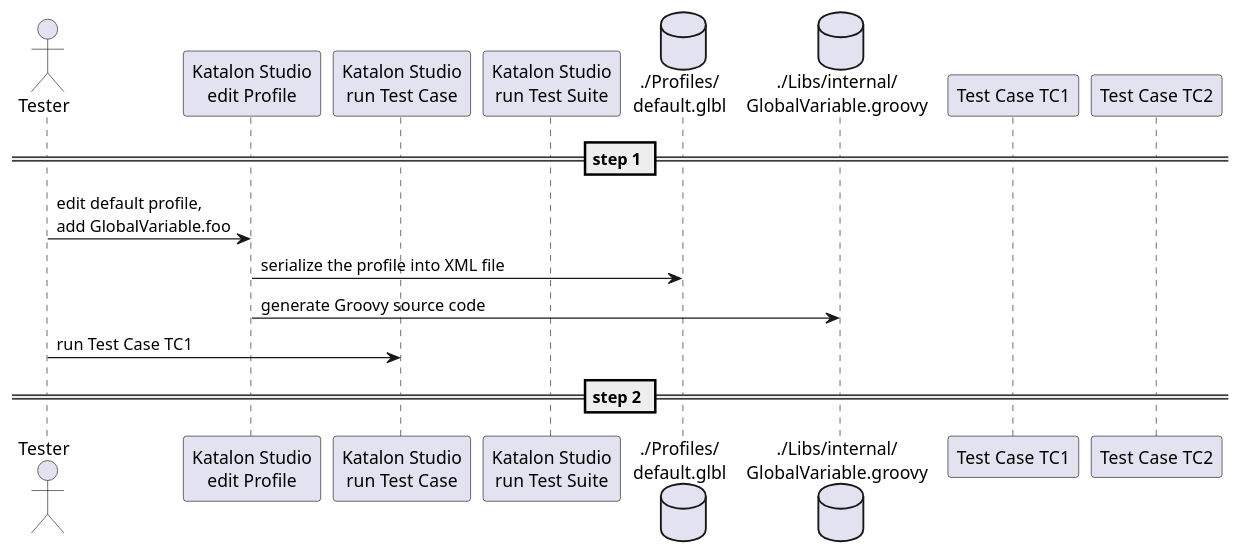
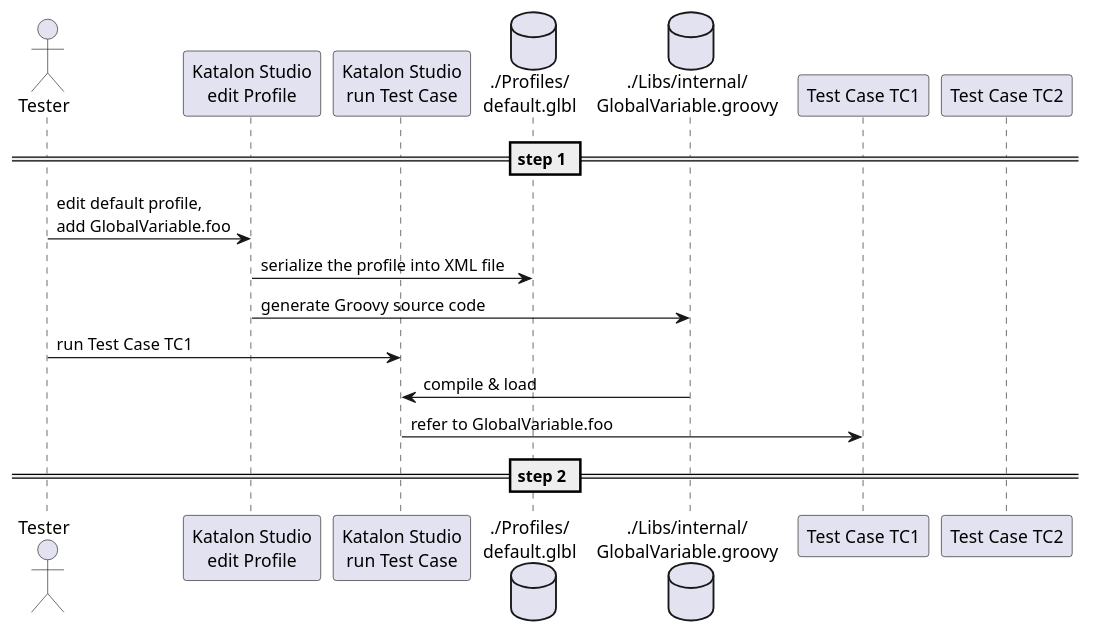
One commit to kazurayam/ConfiguringKatalonProjectWithJson changed the diagram in docs/diagrams/src/sequence.pu. Above: the diagram before and after it, drawn with PlantUML.

Commit message:
save progress

```diff
--- a/docs/diagrams/src/sequence.pu
+++ b/docs/diagrams/src/sequence.pu
@@ -1,17 +1,20 @@
 @startuml sequence
 actor       Tester        as tester
 participant "Katalon Studio\nedit Profile" as kspf
 participant "Katalon Studio\nrun Test Case" as kstc
-participant "Katalon Studio\nrun Test Suite" as ksts
 database    "./Profiles/\ndefault.glbl" as glbl
 database    "./Libs/internal/\nGlobalVariable.groovy" as gvgr
-participant "Test Case TC1" as TC1
-participant "Test Case TC2" as TC2
+participant "Test Case TC1" as tc1
+participant "Test Case TC2" as tc2
 
 == step 1 ==
 tester -> kspf : edit default profile,\nadd GlobalVariable.foo
 kspf   -> glbl : serialize the profile into XML file
 kspf   -> gvgr : generate Groovy source code
 tester -> kstc : run Test Case TC1
+gvgr   -> kstc : compile & load
+kstc   -> tc1  : refer to GlobalVariable.foo
+
 == step 2 ==
+
 @enduml
```
